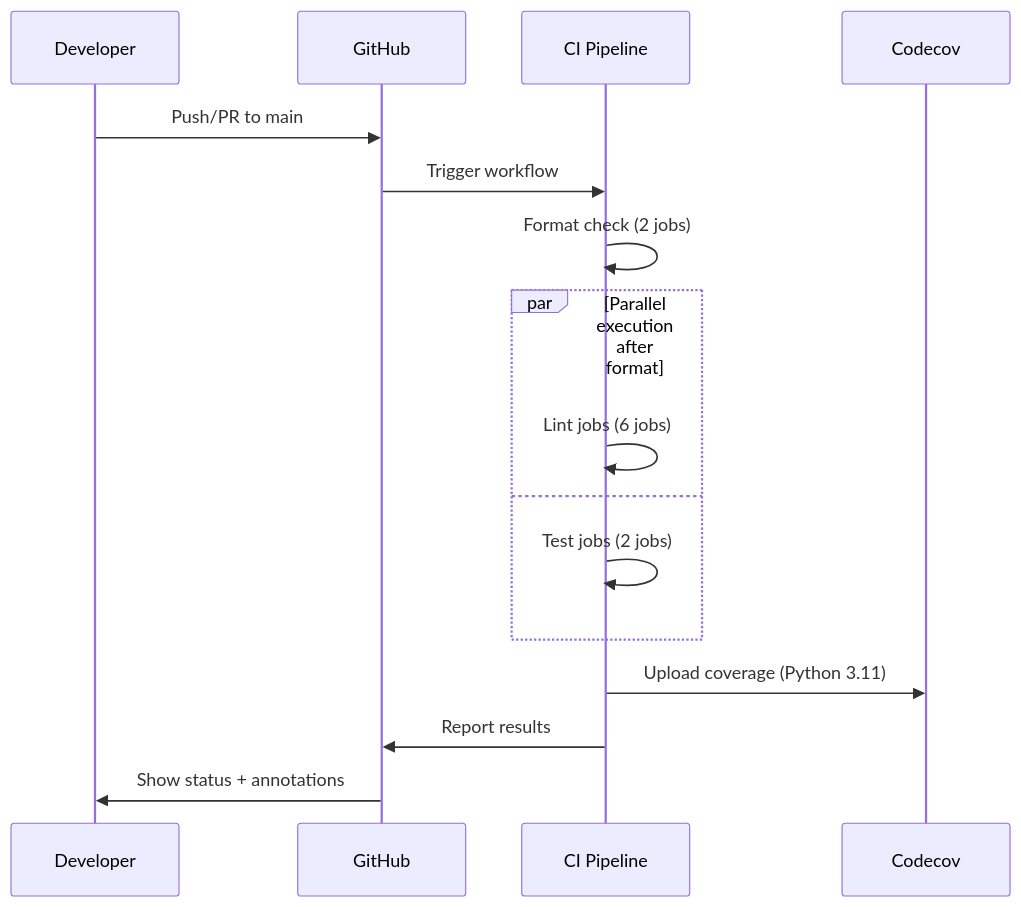
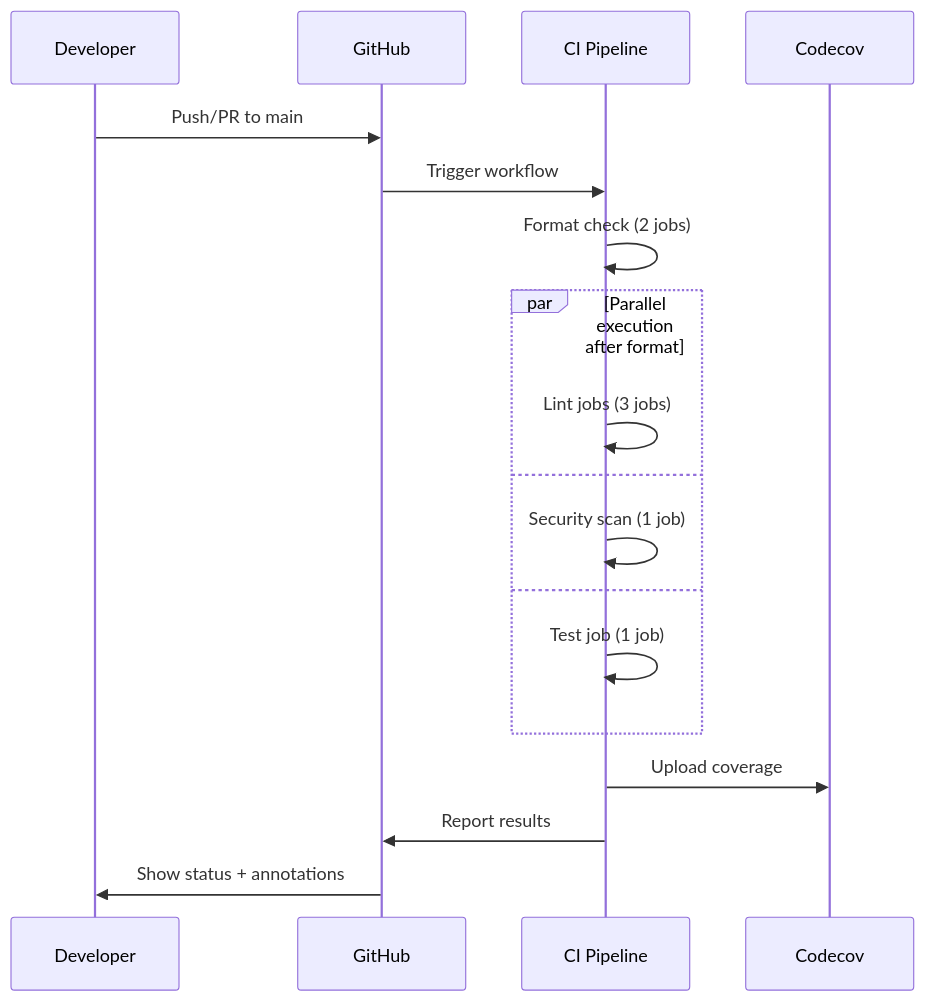
Before and after one commit to OpenRailAssociation/dac-migration-dss-popupsim: the second of 2 diagrams in docs/ci-cd.md, drawn with Mermaid. The commit also changed other lines of this file and 19 other files, not shown here.

First line of the commit message:
docs(pages): 📝 update MVP architecture

````diff
--- a/docs/ci-cd.md
+++ b/docs/ci-cd.md
@@ -78,22 +104,24 @@
 ```mermaid
 sequenceDiagram
     participant Dev as Developer
     participant GH as GitHub
     participant CI as CI Pipeline
     participant CC as Codecov
 
     Dev->>GH: Push/PR to main
     GH->>CI: Trigger workflow
 
     CI->>CI: Format check (2 jobs)
 
     par Parallel execution after format
-        CI->>CI: Lint jobs (6 jobs)
+        CI->>CI: Lint jobs (3 jobs)
     and
-        CI->>CI: Test jobs (2 jobs)
+        CI->>CI: Security scan (1 job)
+    and
+        CI->>CI: Test job (1 job)
     end
 
-    CI->>CC: Upload coverage (Python 3.11)
+    CI->>CC: Upload coverage
     CI->>GH: Report results
     GH->>Dev: Show status + annotations
 ```
````
